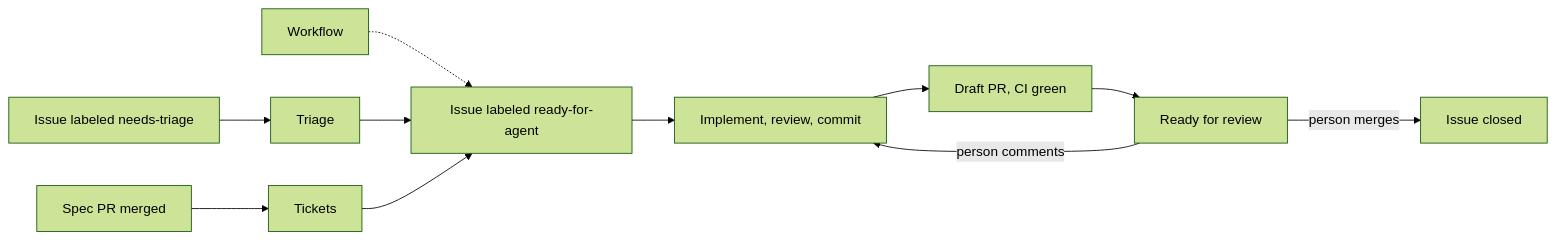
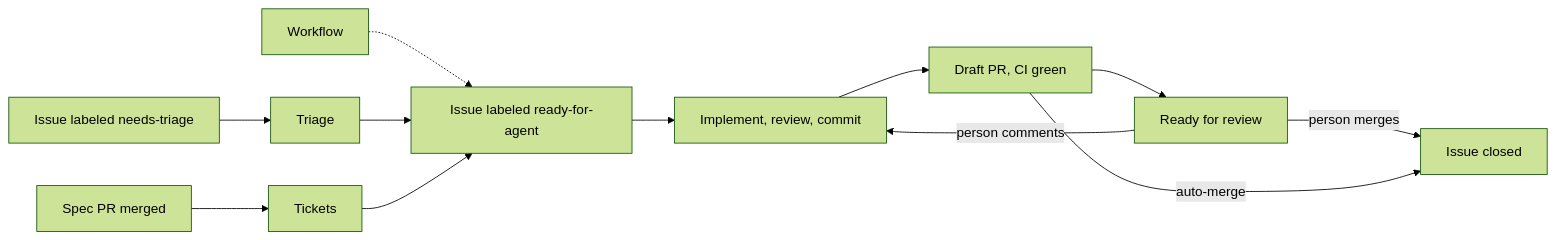
The first of 2 diagrams in docs/specs/product.md (XRafik/linewright), drawn with Mermaid (forest theme) before and after one commit. The commit also changed other lines of this file, not shown here.

First line of the commit message:
Specify an --auto-merge setting

````diff
--- a/docs/specs/product.md
+++ b/docs/specs/product.md
@@ -66,13 +68,14 @@
 ```mermaid
 flowchart LR
     spec[Spec PR merged] --> tickets[Tickets]
     issue[Issue labeled needs-triage] --> triage[Triage]
     workflow[Workflow] -.-> ready
     triage --> ready[Issue labeled ready-for-agent]
     tickets --> ready
     ready --> impl[Implement, review, commit]
     impl --> draft[Draft PR, CI green]
     draft --> review[Ready for review]
     review -- person comments --> impl
     review -- person merges --> done[Issue closed]
+    draft -- auto-merge --> done
 ```
````
